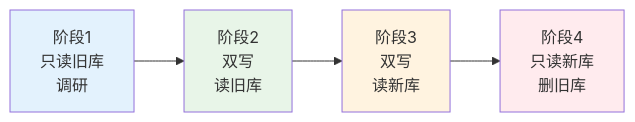
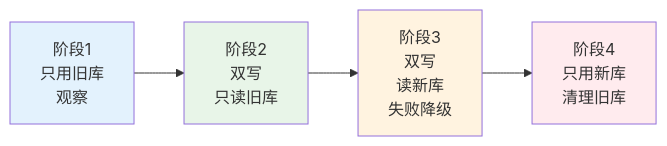
One commit to chongyang211/YCBookBlog changed diagram 23 of 28 in docs/10.真经/05.方案设计思想/04.缓存架构设计思想.md. Above: the diagram before and after it, drawn with Mermaid. The commit also changed other lines of this file and 1 other file, not shown here.

````diff
--- a/docs/10.真经/05.方案设计思想/04.缓存架构设计思想.md
+++ b/docs/10.真经/05.方案设计思想/04.缓存架构设计思想.md
@@ -2076,11 +1926,11 @@
 ```mermaid
 flowchart LR
-    A[阶段1<br/>只读旧库<br/>调研] --> B[阶段2<br/>双写<br/>读旧库]
-    B --> C[阶段3<br/>双写<br/>读新库]
-    C --> D[阶段4<br/>只读新库<br/>删旧库]
+    A[阶段1<br/>只用旧库<br/>观察] --> B[阶段2<br/>双写<br/>只读旧库]
+    B --> C[阶段3<br/>双写<br/>读新库<br/>失败降级]
+    C --> D[阶段4<br/>只用新库<br/>清理旧库]
     
     style A fill:#e3f2fd
     style B fill:#e8f5e8
     style C fill:#fff3e0
     style D fill:#ffebee
 ```
````
